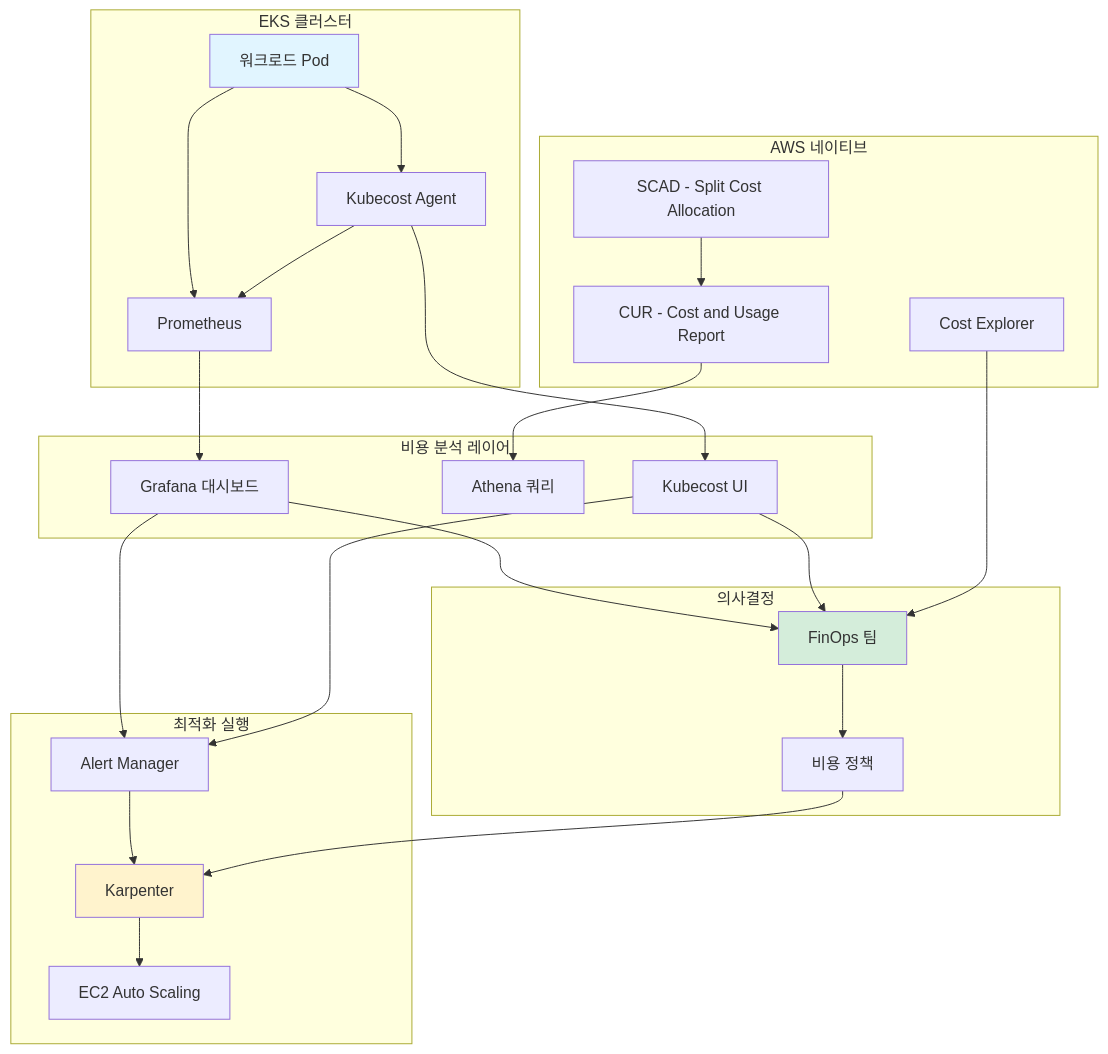
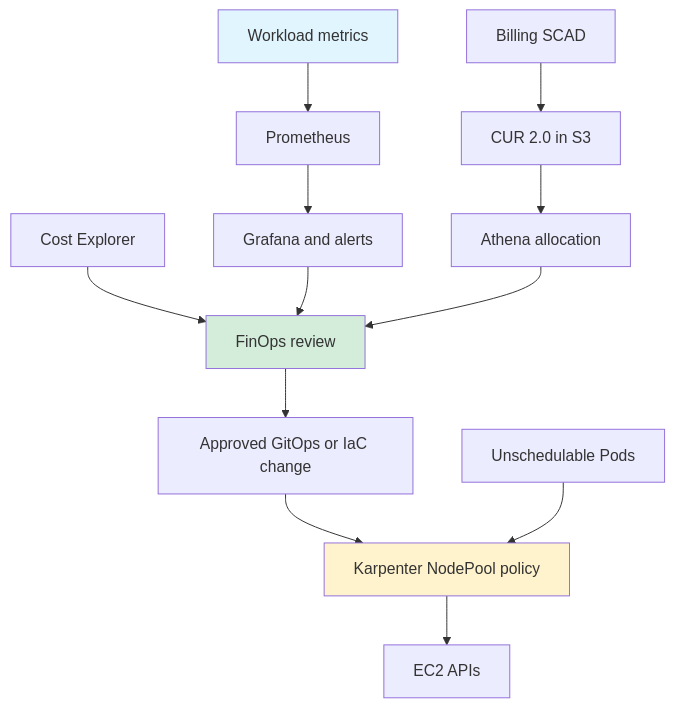
One commit to devfloor9/engineering-playbook changed the first of 2 diagrams in docs/eks-best-practices/resource-cost/cost-management.md. Above: the diagram before and after it, drawn with Mermaid. The commit also changed other lines of this file and 7 other files, not shown here.

First line of the commit message:
Correct resource allocation, autoscaling, and cost examples (#69)

````diff
--- a/docs/eks-best-practices/resource-cost/cost-management.md
+++ b/docs/eks-best-practices/resource-cost/cost-management.md
@@ -100,40 +95,17 @@
 ```mermaid
 graph TB
-    subgraph "EKS 클러스터"
-        A[워크로드 Pod] --> B[Kubecost Agent]
-        A --> C[Prometheus]
-        B --> C
-    end
-
-    subgraph "AWS 네이티브"
-        D[Cost Explorer]
-        E[SCAD - Split Cost Allocation]
-        F[CUR - Cost and Usage Report]
-        E --> F
-    end
-
-    subgraph "비용 분석 레이어"
-        C --> G[Grafana 대시보드]
-        F --> H[Athena 쿼리]
-        B --> I[Kubecost UI]
-    end
-
-    subgraph "최적화 실행"
-        G --> J[Alert Manager]
-        I --> J
-        J --> K[Karpenter]
-        K --> L[EC2 Auto Scaling]
-    end
-
-    subgraph "의사결정"
-        G --> M[FinOps 팀]
-        I --> M
-        D --> M
-        M --> N[비용 정책]
-        N --> K
-    end
-
+    A[Workload metrics] --> B[Prometheus]
+    B --> C[Grafana and alerts]
+    D[Billing SCAD] --> E[CUR 2.0 in S3]
+    E --> F[Athena allocation]
+    G[Cost Explorer] --> H[FinOps review]
+    C --> H
+    F --> H
+    H --> I[Approved GitOps or IaC change]
+    I --> J[Karpenter NodePool policy]
+    K[Unschedulable Pods] --> J
+    J --> L[EC2 APIs]
     style A fill:#e1f5ff
-    style K fill:#fff3cd
-    style M fill:#d4edda
+    style J fill:#fff3cd
+    style H fill:#d4edda
 ```
````
